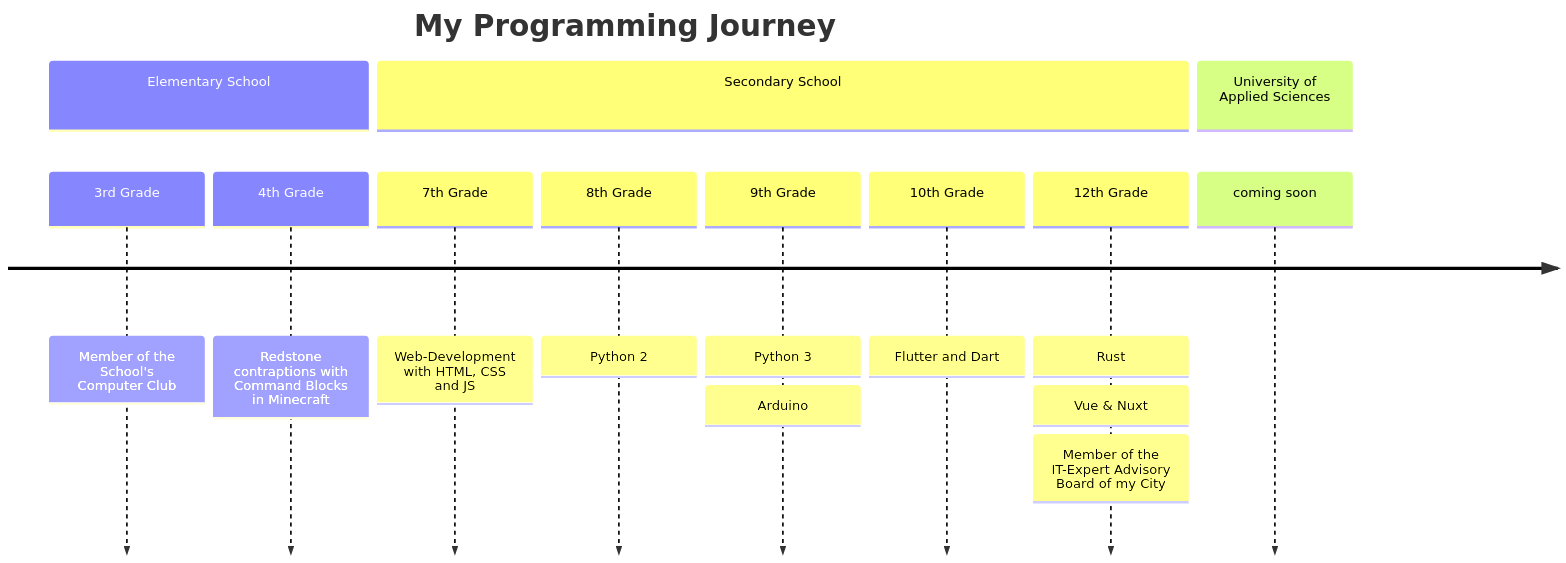
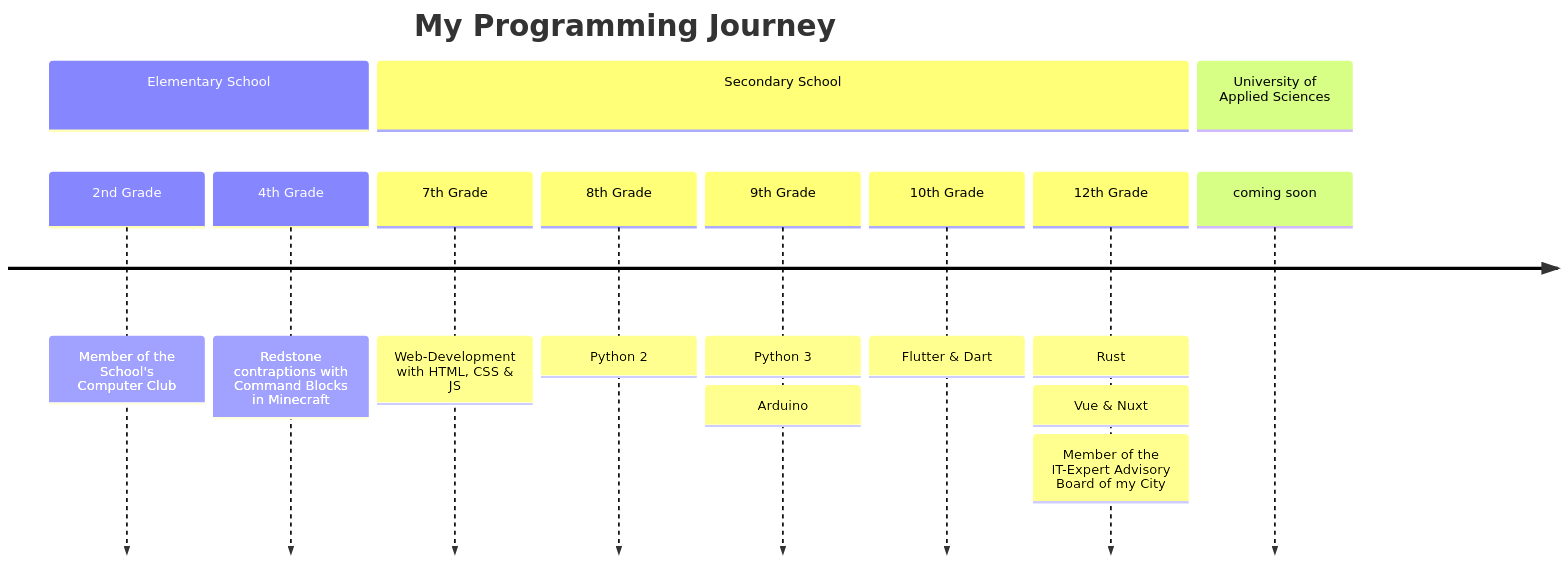
Before and after one commit to AstragoDE/AstragoDE: the diagram in README.md, drawn with Mermaid.

Commit message:
Minor adjustments to diagram

````diff
--- a/README.md
+++ b/README.md
@@ -46,21 +46,21 @@
 ```mermaid
 timeline
     title My Programming Journey
 
     section Elementary School
-        3rd Grade   : Member of the School's Computer Club
+        2nd Grade   : Member of the School's Computer Club
         4th Grade   : Redstone contraptions with Command Blocks in Minecraft
 
     section Secondary School
-        7th Grade   : Web-Development with HTML, CSS and JS
+        7th Grade   : Web-Development with HTML, CSS & JS
         8th Grade   : Python 2
         9th Grade   : Python 3
                     : Arduino
-        10th Grade  : Flutter and Dart
+        10th Grade  : Flutter & Dart
         12th Grade  : Rust
                     : Vue & Nuxt
                     : Member of the IT-Expert Advisory Board of my City
 
     section University of Applied Sciences
         coming soon
 ```
````
